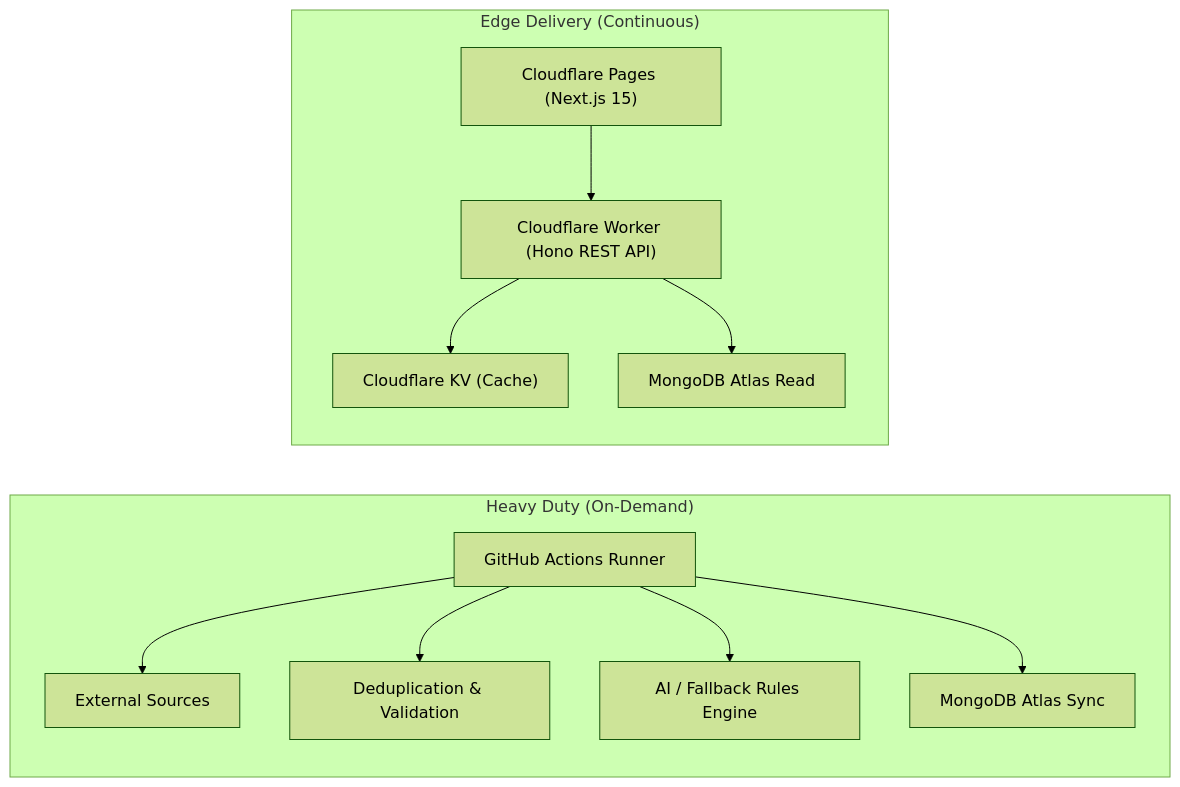
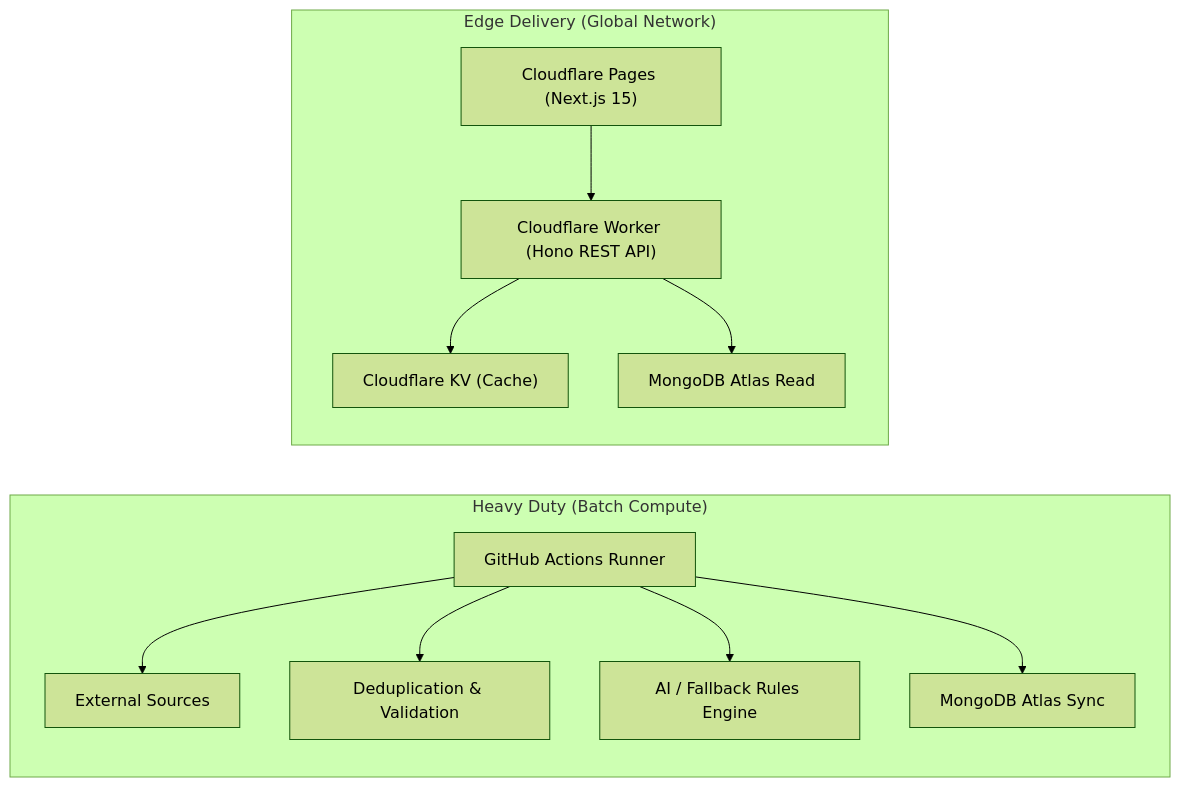
One commit to somyacodes07/DevAtlas changed the diagram in docs/architecture.md. Above: the diagram before and after it, drawn with Mermaid (forest theme). The commit also changed other lines of this file and 9 other files, not shown here.

Commit message:
docs(refactor): modernize platform presentation to serverless edge architecture

````diff
--- a/docs/architecture.md
+++ b/docs/architecture.md
@@ -9,18 +9,18 @@
 ```mermaid
 flowchart LR
-    subgraph HeavyDuty["Heavy Duty (On-Demand)"]
+    subgraph HeavyDuty["Heavy Duty (Batch Compute)"]
         GH_ACTIONS["GitHub Actions Runner"]
         GH_ACTIONS --> SOURCES["External Sources"]
         GH_ACTIONS --> DEDUP["Deduplication & Validation"]
         GH_ACTIONS --> AI_RULES["AI / Fallback Rules Engine"]
         GH_ACTIONS --> MONGODB_WRITE["MongoDB Atlas Sync"]
     end
 
-    subgraph EdgeDelivery["Edge Delivery (Continuous)"]
+    subgraph EdgeDelivery["Edge Delivery (Global Network)"]
         CF_WORKER["Cloudflare Worker (Hono REST API)"]
         CF_WORKER --> CF_KV["Cloudflare KV (Cache)"]
         CF_WORKER --> MONGODB_READ["MongoDB Atlas Read"]
         CF_PAGES["Cloudflare Pages (Next.js 15)"]
         CF_PAGES --> CF_WORKER
     end
 ```
````
